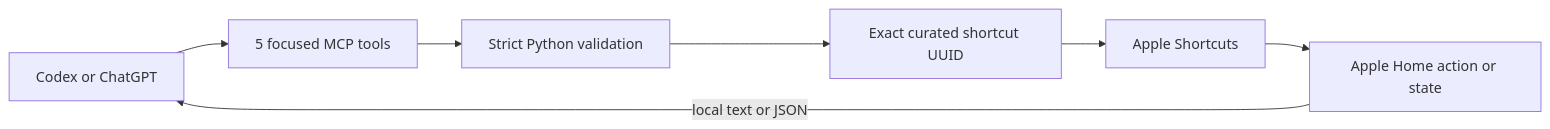
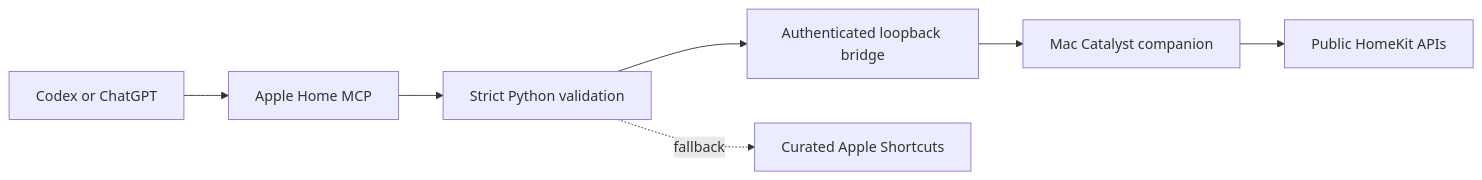
Before and after one commit to henryvn27/apple-home-mcp: the diagram in README.md, drawn with Mermaid. The commit also changed other lines of this file and 9 other files, not shown here.

First line of the commit message:
CS-2158: Ship Apple Home MCP v0.2 (#2)

````diff
--- a/README.md
+++ b/README.md
@@ -122,9 +161,9 @@
 ```mermaid
 flowchart LR
-    A[Codex or ChatGPT] --> B[5 focused MCP tools]
+    A[Codex or ChatGPT] --> B[Apple Home MCP]
     B --> C[Strict Python validation]
-    C --> D[Exact curated shortcut UUID]
-    D --> E[Apple Shortcuts]
-    E --> F[Apple Home action or state]
-    F -->|local text or JSON| A
+    C --> D[Authenticated loopback bridge]
+    D --> E[Mac Catalyst companion]
+    E --> F[Public HomeKit APIs]
+    C -. fallback .-> G[Curated Apple Shortcuts]
 ```
````
